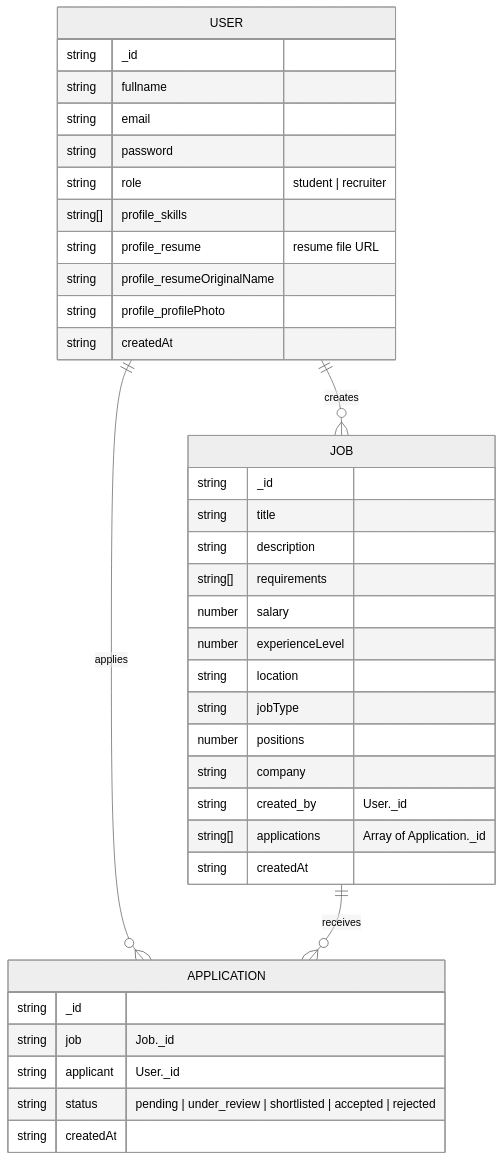
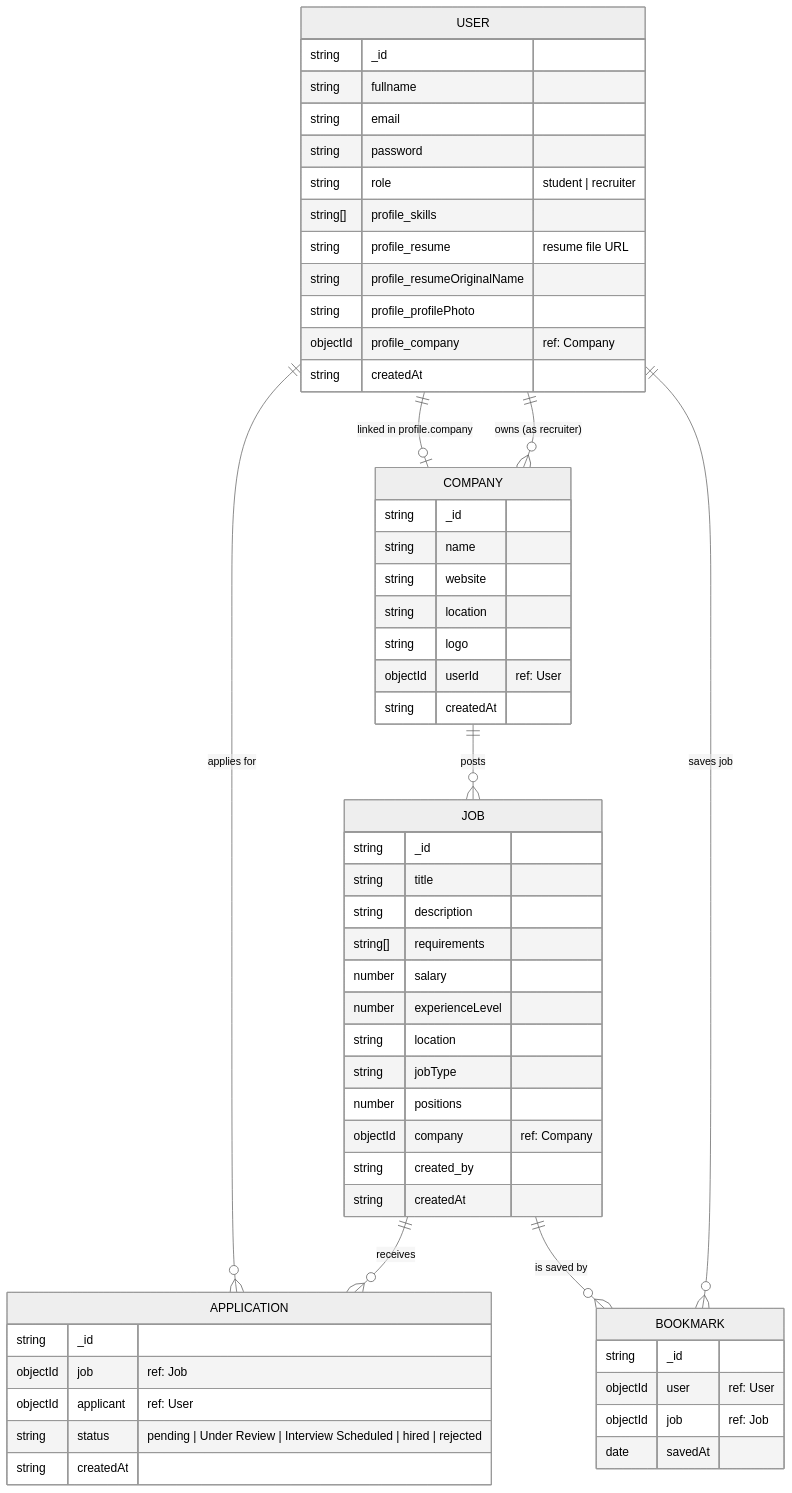
Before and after one commit to kamlesh-chandel/job-portal-app-mkdocs: the diagram in docs/er_diagram.md, drawn with Mermaid (neutral theme).

Commit message:
docs: change er_diagram and add bookmark table

````diff
--- a/docs/er_diagram.md
+++ b/docs/er_diagram.md
@@ -5,46 +5,67 @@
 ```mermaid
 erDiagram
-	
-    USER {
-        string _id
-        string fullname
-        string email
-        string password
-        string role "student | recruiter"
 
-        %% Profile Section (Nested Fields)
-        string[] profile_skills
-        string profile_resume "resume file URL"
-        string profile_resumeOriginalName
-        string profile_profilePhoto
+	USER {
+		string _id  ""  
+		string fullname  ""  
+		string email  ""  
+		string password  ""  
+		string role  "student | recruiter"  
+		string[] profile_skills  ""  
+		string profile_resume  "resume file URL"  
+		string profile_resumeOriginalName  ""  
+		string profile_profilePhoto  ""  
+		objectId profile_company  "ref: Company"  
+		string createdAt  ""  
+	}
 
-        string createdAt
-    }
+	COMPANY {
+		string _id  ""  
+		string name  ""  
+		string website  ""  
+		string location  ""  
+		string logo  ""  
+		objectId userId  "ref: User"  
+		string createdAt  ""  
+	}
+
 	JOB {
 		string _id  ""  
 		string title  ""  
 		string description  ""  
 		string[] requirements  ""  
 		number salary  ""  
 		number experienceLevel  ""  
 		string location  ""  
 		string jobType  ""  
 		number positions  ""  
-		string company  ""  
-		string created_by  "User._id"  
-		string[] applications  "Array of Application._id"  
+		objectId company  "ref: Company"  
+		string created_by  ""  
 		string createdAt  ""  
 	}
+
 	APPLICATION {
 		string _id  ""  
-		string job  "Job._id"  
-		string applicant  "User._id"  
-		string status  "pending | under_review | shortlisted | accepted | rejected"  
+		objectId job  "ref: Job"  
+		objectId applicant  "ref: User"  
+		string status  "pending | Under Review | Interview Scheduled | hired | rejected"  
 		string createdAt  ""  
 	}
-	USER||--o{JOB:"creates"
-	USER||--o{APPLICATION:"applies"
-	JOB||--o{APPLICATION:"receives"
 
+	BOOKMARK {
+		string _id  ""  
+		objectId user  "ref: User"  
+		objectId job  "ref: Job"  
+		date savedAt  ""  
+	}
+
+	%% Relationships
+	USER ||--o{ COMPANY : "owns (as recruiter)"
+	COMPANY ||--o{ JOB : "posts"
+	JOB ||--o{ APPLICATION : "receives"
+	USER ||--o{ APPLICATION : "applies for"
+	USER ||--o| COMPANY : "linked in profile.company"
+	USER ||--o{ BOOKMARK : "saves job"
+	JOB ||--o{ BOOKMARK : "is saved by"
 
 ```
````
